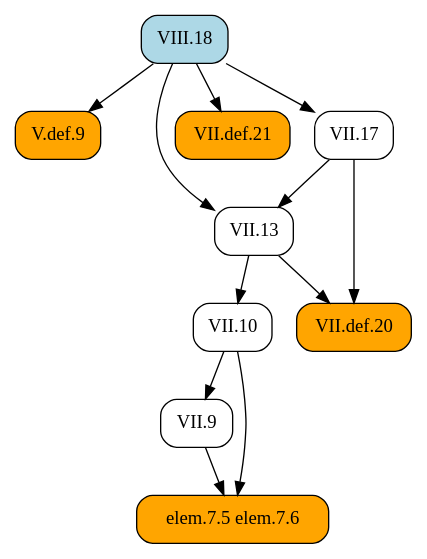
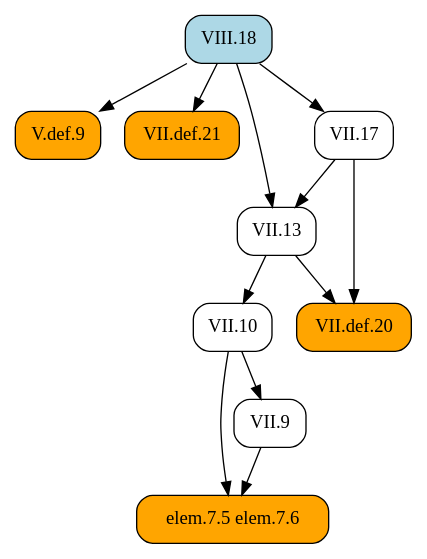
The diagram in docsrc/heath/VIII/18/index.rst (geometor/elements), drawn with Graphviz before and after one commit. The commit also changed other lines of this file and 1029 other files, not shown here.

```diff
--- a/docsrc/heath/VIII/18/index.rst
+++ b/docsrc/heath/VIII/18/index.rst
@@ -64,26 +64,26 @@
 .. graphviz::
 
    digraph {
      rankdir="TB";
      node [shape=box, style=rounded];
+     "elem.7.5 elem.7.6" [style="rounded,filled", fillcolor=orange];
      "V.def.9" [style="rounded,filled", fillcolor=orange, URL="/heath/V/def.9/", target="_top"];
+     "VII.def.21" [style="rounded,filled", fillcolor=orange, URL="/heath/VII/def.21/", target="_top"];
+     "VII.10" [URL="/heath/VII/10/", target="_top"];
      "VIII.18" [style="rounded,filled", fillcolor=lightblue, URL="/heath/VIII/18/", target="_top"];
      "VII.9" [URL="/heath/VII/9/", target="_top"];
+     "VII.13" [URL="/heath/VII/13/", target="_top"];
      "VII.def.20" [style="rounded,filled", fillcolor=orange, URL="/heath/VII/def.20/", target="_top"];
-     "elem.7.5 elem.7.6" [style="rounded,filled", fillcolor=orange];
-     "VII.13" [URL="/heath/VII/13/", target="_top"];
-     "VII.10" [URL="/heath/VII/10/", target="_top"];
-     "VII.def.21" [style="rounded,filled", fillcolor=orange, URL="/heath/VII/def.21/", target="_top"];
      "VII.17" [URL="/heath/VII/17/", target="_top"];
+     "VII.9" -> "elem.7.5 elem.7.6";
+     "VII.10" -> "elem.7.5 elem.7.6";
      "VIII.18" -> "V.def.9";
+     "VIII.18" -> "VII.def.21";
+     "VII.13" -> "VII.10";
      "VII.10" -> "VII.9";
+     "VII.17" -> "VII.13";
+     "VIII.18" -> "VII.13";
      "VII.13" -> "VII.def.20";
      "VII.17" -> "VII.def.20";
-     "VII.9" -> "elem.7.5 elem.7.6";
-     "VII.10" -> "elem.7.5 elem.7.6";
-     "VII.17" -> "VII.13";
-     "VIII.18" -> "VII.13";
-     "VII.13" -> "VII.10";
-     "VIII.18" -> "VII.def.21";
      "VIII.18" -> "VII.17";
    }
```
